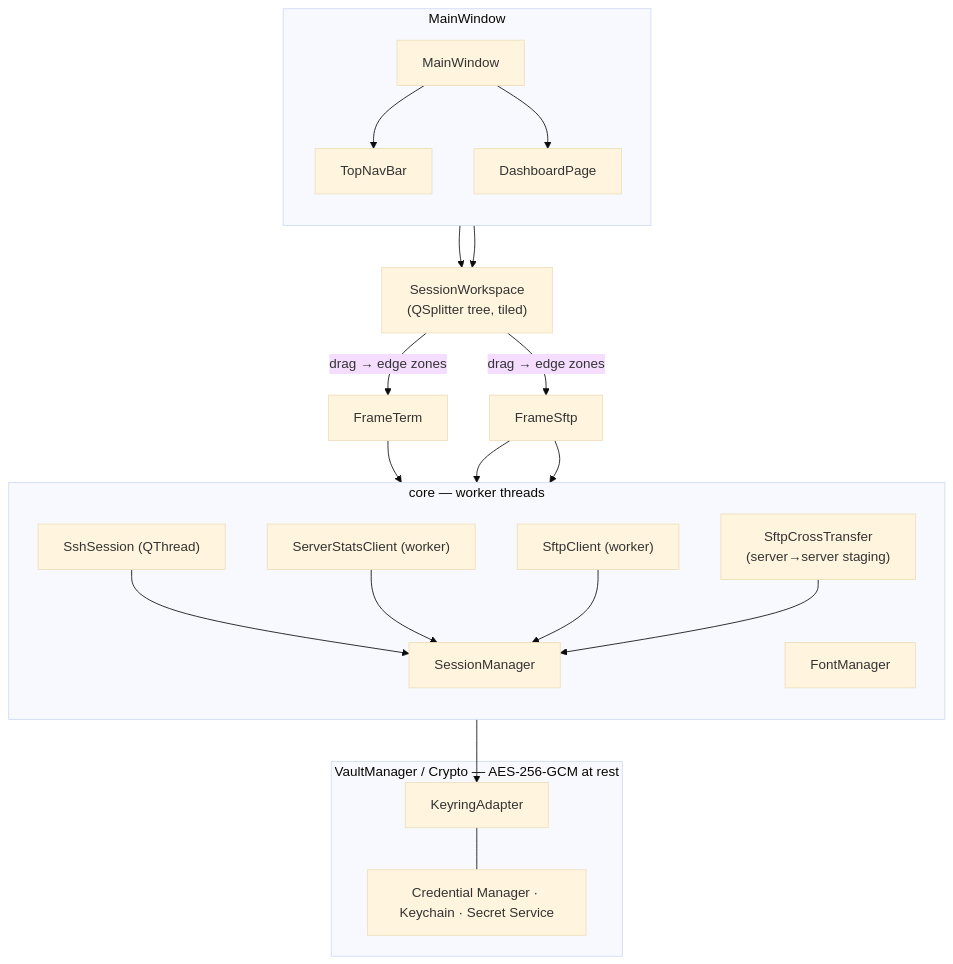
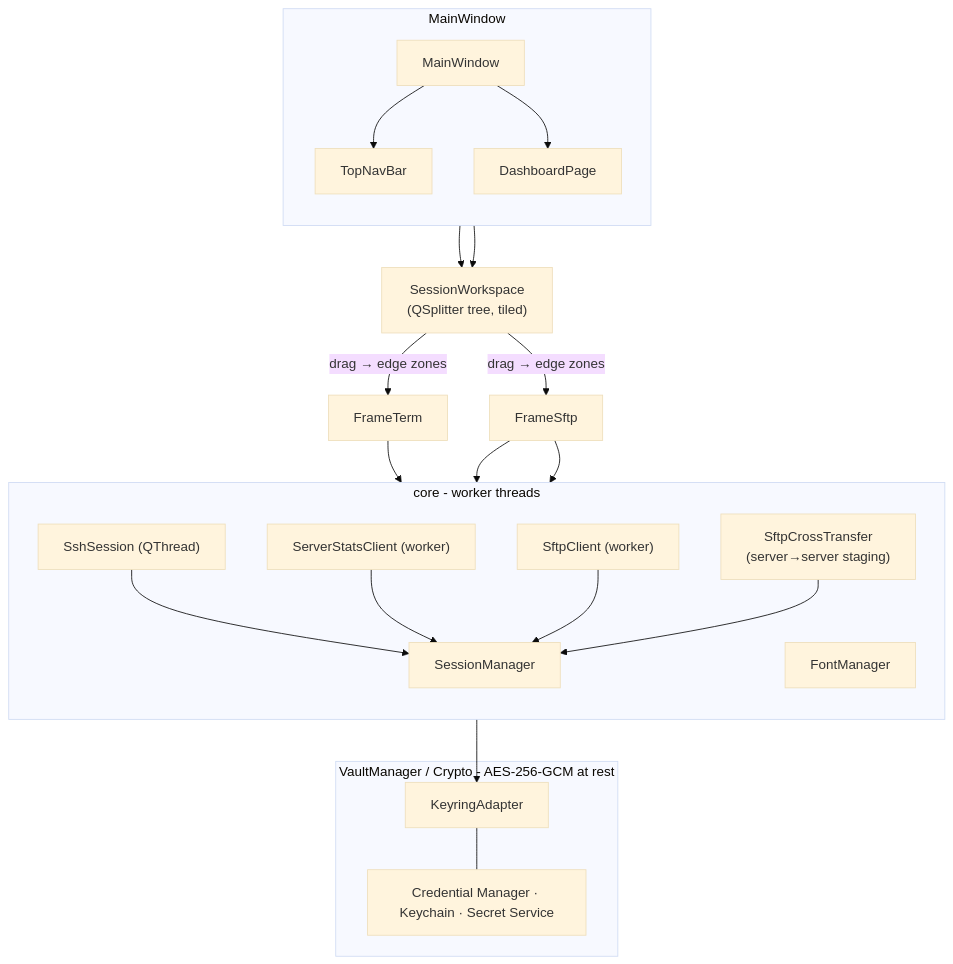
One commit to Qjuba/clientosh changed the diagram in README.md. Above: the diagram before and after it, drawn with Mermaid (base theme). The commit also changed other lines of this file and 6 other files, not shown here.

````diff
--- a/README.md
+++ b/README.md
@@ -105,44 +105,44 @@
 ```mermaid
 flowchart TB
     subgraph UI["MainWindow"]
         direction TB
         TopNavBar["TopNavBar"]
         Dashboard["DashboardPage"]
         MainWindow["MainWindow"]
     end
 
     MainWindow --> TopNavBar
     MainWindow --> Dashboard
 
     TopNavBar --> SW
     Dashboard --> SW
     SW["SessionWorkspace<br/>(QSplitter tree, tiled)"]:::ws
 
     SW -->|"drag → edge zones"| FrameTerm
     SW -->|"drag → edge zones"| FrameSftp
 
-    subgraph Backend["core — worker threads"]
+    subgraph Backend["core - worker threads"]
         direction TB
         Ssh["SshSession (QThread)"]
         Mgr["SessionManager"]
         Stats["ServerStatsClient (worker)"]
         Font["FontManager"]
         Sftp["SftpClient (worker)"]
         Cross["SftpCrossTransfer<br/>(server→server staging)"]
         Ssh --> Mgr
         Stats --> Mgr
         Sftp --> Mgr
         Cross --> Mgr
     end
 
     FrameTerm --> Ssh
     FrameSftp --> Sftp
     FrameSftp --> Cross
 
-    subgraph Vault["VaultManager / Crypto — AES-256-GCM at rest"]
+    subgraph Vault["VaultManager / Crypto - AES-256-GCM at rest"]
         VaultMgr["KeyringAdapter"]
         VaultMgr --- K["Credential Manager · Keychain · Secret Service"]
     end
 
     Mgr --> VaultMgr
 ```
````
